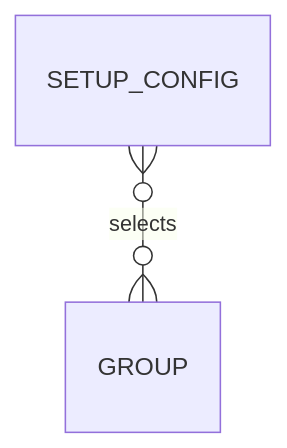
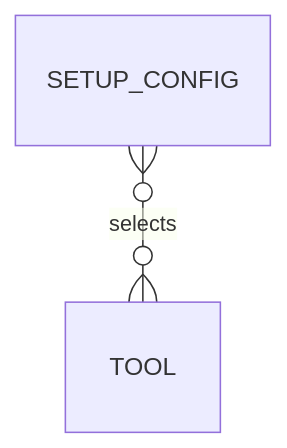
Before and after one commit to virajp/bootstrap: the diagram in docs/blueprint/entities/index.md, drawn with Mermaid. The commit also changed other lines of this file and 19 other files, not shown here.

First line of the commit message:
docs: blueprint group→tool restructure and init contract gaps

````diff
--- a/docs/blueprint/entities/index.md
+++ b/docs/blueprint/entities/index.md
@@ -20,4 +20,4 @@
 ```mermaid
 erDiagram
-    SETUP_CONFIG }o--o{ GROUP : selects
+    SETUP_CONFIG }o--o{ TOOL : selects
 ```
````
